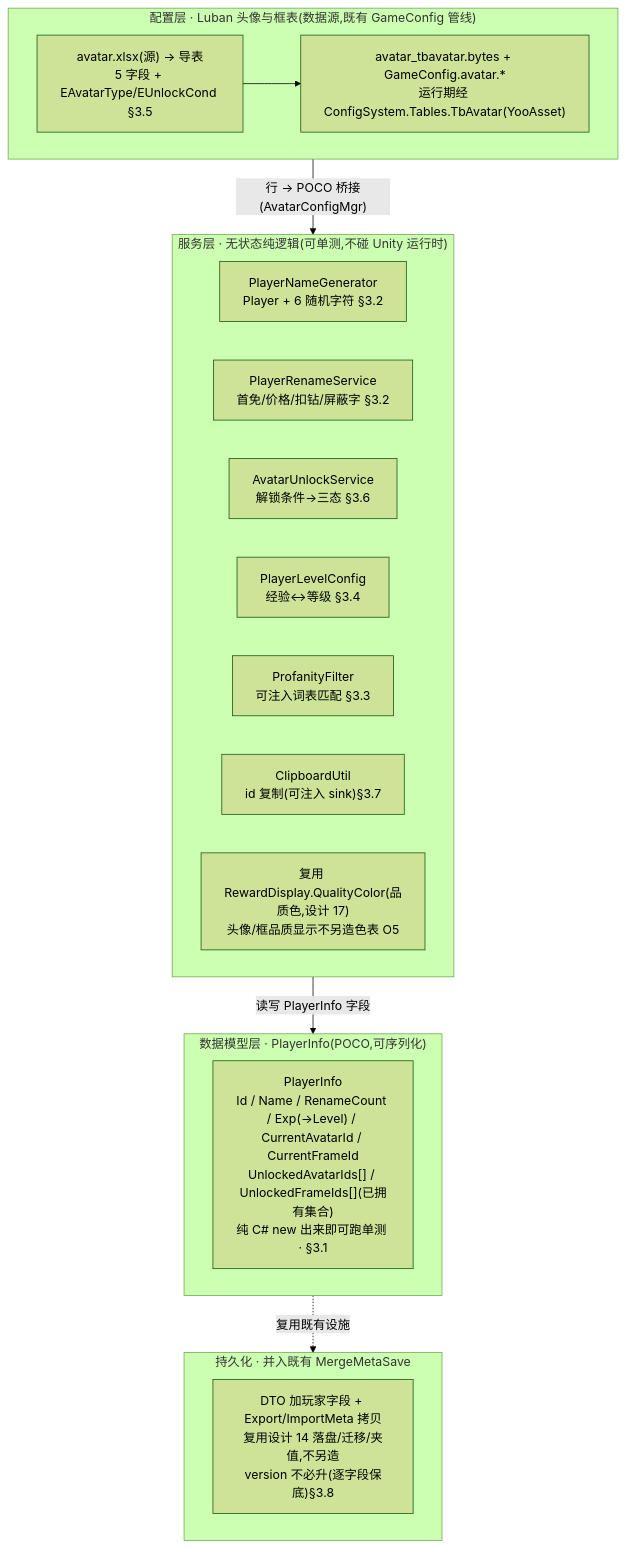
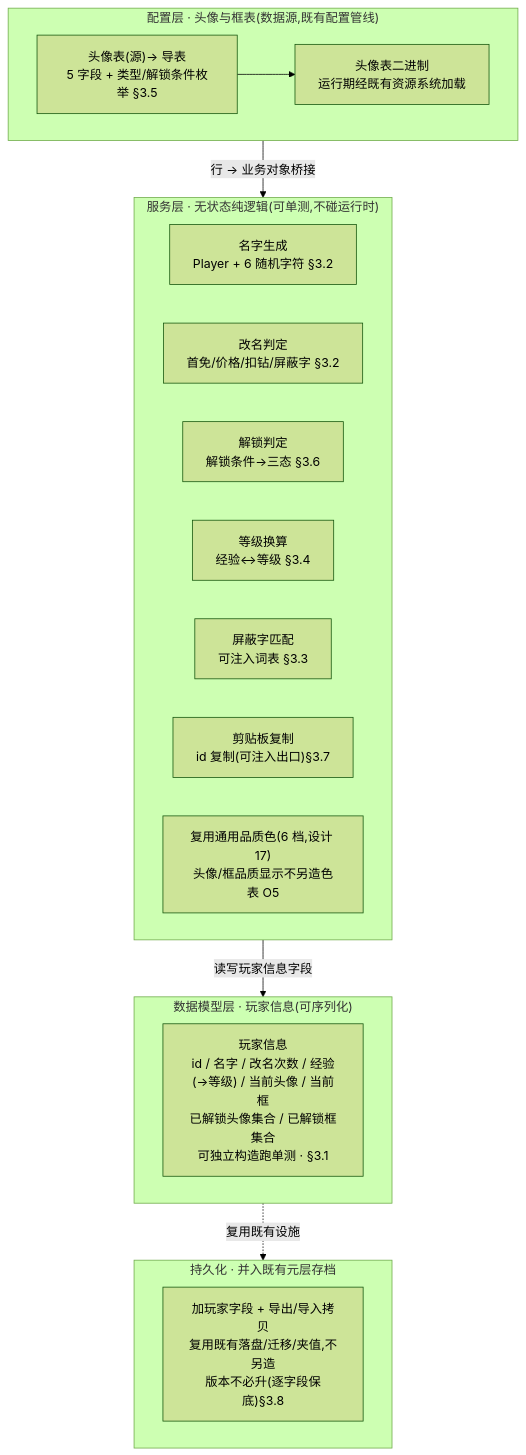
The first of 2 diagrams in UnityProject/design-docs/18-player-info.md (zhoupeng921101/TEngine_zp), drawn with Mermaid (forest theme) before and after one commit. The commit also changed other lines of this file and 20 other files, not shown here.

````diff
--- a/UnityProject/design-docs/18-player-info.md
+++ b/UnityProject/design-docs/18-player-info.md
@@ -66,26 +65,26 @@
 ```mermaid
 flowchart TD
-    subgraph cfg["配置层 · Luban 头像与框表(数据源,既有 GameConfig 管线)"]
-        c1["avatar.xlsx(源) → 导表<br/>5 字段 + EAvatarType/EUnlockCond §3.5"]
-        c2["avatar_tbavatar.bytes + GameConfig.avatar.*<br/>运行期经 ConfigSystem.Tables.TbAvatar(YooAsset)"]
+    subgraph cfg["配置层 · 头像与框表(数据源,既有配置管线)"]
+        c1["头像表(源)→ 导表<br/>5 字段 + 类型/解锁条件枚举 §3.5"]
+        c2["头像表二进制<br/>运行期经既有资源系统加载"]
         c1 --> c2
     end
-    subgraph svc["服务层 · 无状态纯逻辑(可单测,不碰 Unity 运行时)"]
-        s1["PlayerNameGenerator<br/>Player + 6 随机字符 §3.2"]
-        s2["PlayerRenameService<br/>首免/价格/扣钻/屏蔽字 §3.2"]
-        s3["AvatarUnlockService<br/>解锁条件→三态 §3.6"]
-        s4["PlayerLevelConfig<br/>经验↔等级 §3.4"]
-        s5["ProfanityFilter<br/>可注入词表匹配 §3.3"]
-        s6["ClipboardUtil<br/>id 复制(可注入 sink)§3.7"]
-        s7["复用 RewardDisplay.QualityColor(品质色,设计 17)<br/>头像/框品质显示不另造色表 O5"]
+    subgraph svc["服务层 · 无状态纯逻辑(可单测,不碰运行时)"]
+        s1["名字生成<br/>Player + 6 随机字符 §3.2"]
+        s2["改名判定<br/>首免/价格/扣钻/屏蔽字 §3.2"]
+        s3["解锁判定<br/>解锁条件→三态 §3.6"]
+        s4["等级换算<br/>经验↔等级 §3.4"]
+        s5["屏蔽字匹配<br/>可注入词表 §3.3"]
+        s6["剪贴板复制<br/>id 复制(可注入出口)§3.7"]
+        s7["复用通用品质色(6 档,设计 17)<br/>头像/框品质显示不另造色表 O5"]
     end
-    subgraph model["数据模型层 · PlayerInfo(POCO,可序列化)"]
-        m1["PlayerInfo<br/>Id / Name / RenameCount / Exp(→Level) / CurrentAvatarId / CurrentFrameId<br/>UnlockedAvatarIds[] / UnlockedFrameIds[](已拥有集合)<br/>纯 C# new 出来即可跑单测 · §3.1"]
+    subgraph model["数据模型层 · 玩家信息(可序列化)"]
+        m1["玩家信息<br/>id / 名字 / 改名次数 / 经验(→等级) / 当前头像 / 当前框<br/>已解锁头像集合 / 已解锁框集合<br/>可独立构造跑单测 · §3.1"]
     end
-    subgraph persist["持久化 · 并入既有 MergeMetaSave"]
-        p1["DTO 加玩家字段 + Export/ImportMeta 拷贝<br/>复用设计 14 落盘/迁移/夹值,不另造<br/>version 不必升(逐字段保底)§3.8"]
+    subgraph persist["持久化 · 并入既有元层存档"]
+        p1["加玩家字段 + 导出/导入拷贝<br/>复用既有落盘/迁移/夹值,不另造<br/>版本不必升(逐字段保底)§3.8"]
     end
-    cfg -->|"行 → POCO 桥接(AvatarConfigMgr)"| svc
-    svc -->|读写 PlayerInfo 字段| model
+    cfg -->|"行 → 业务对象桥接"| svc
+    svc -->|读写玩家信息字段| model
     model -.复用既有设施.-> persist
 ```
````
